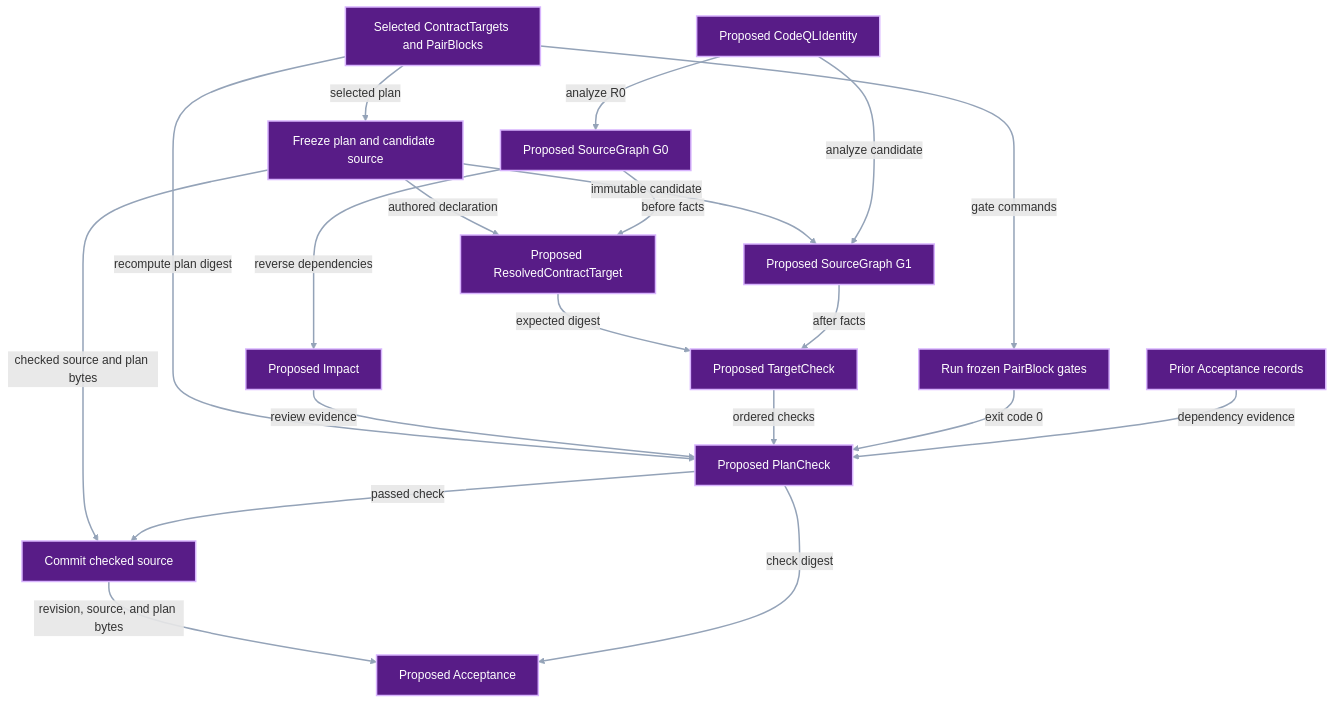
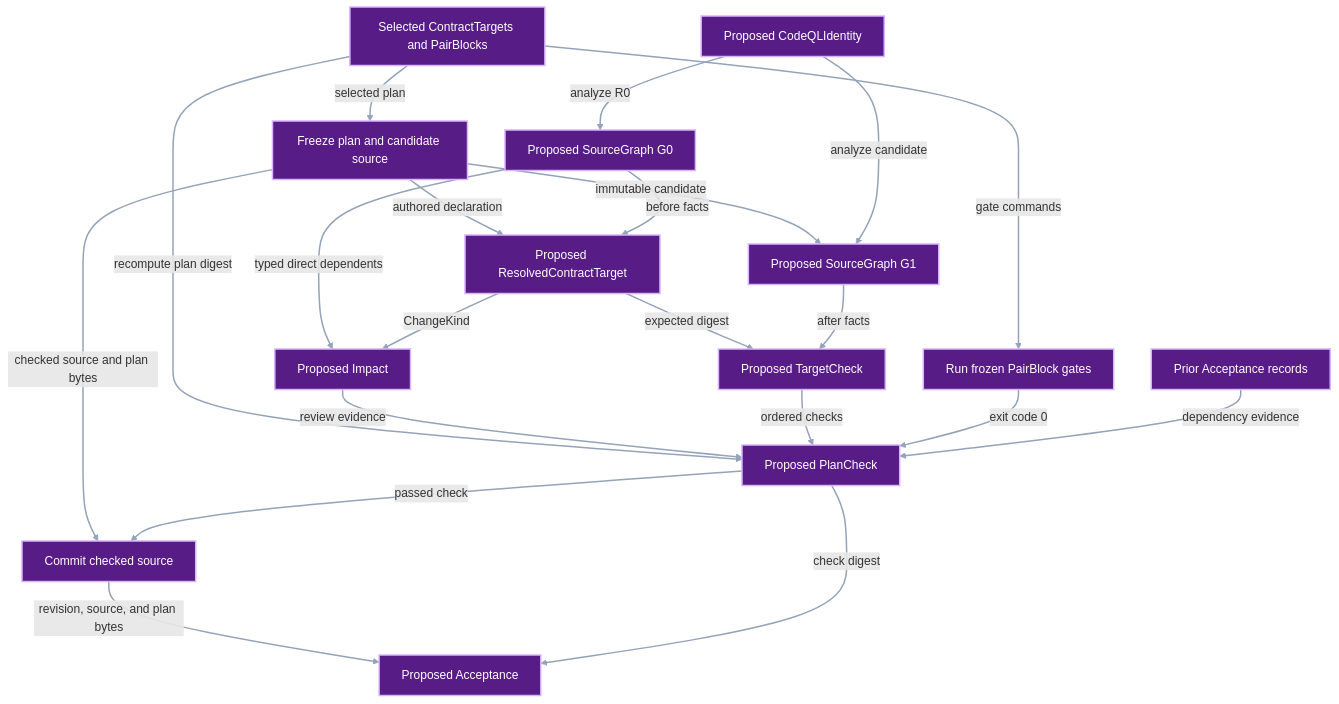
Before and after one commit to pvd232/viper: the second of 3 diagrams in docs/development/system-impact-compiler.md, drawn with Mermaid. The commit also changed other lines of this file and 2 other files, not shown here.

Commit message:
docs: add typed one-hop impact policy

````diff
--- a/docs/development/system-impact-compiler.md
+++ b/docs/development/system-impact-compiler.md
@@ -140,40 +144,41 @@
 ```mermaid
 flowchart TB
     Plan["Selected ContractTargets and PairBlocks"]
     Freeze["Freeze plan and candidate source"]
     Identity["Proposed CodeQLIdentity"]
     Baseline["Proposed SourceGraph G0"]
     Impact["Proposed Impact"]
     Realized["Proposed SourceGraph G1"]
     Resolved["Proposed ResolvedContractTarget"]
     Target["Proposed TargetCheck"]
     Gates["Run frozen PairBlock gates"]
     Prior["Prior Acceptance records"]
     Check["Proposed PlanCheck"]
     Commit["Commit checked source"]
     Acceptance["Proposed Acceptance"]
 
     Plan -->|"selected plan"| Freeze
     Plan -->|"recompute plan digest"| Check
     Identity -->|"analyze R0"| Baseline
-    Baseline -->|"reverse dependencies"| Impact
+    Baseline -->|"typed direct dependents"| Impact
     Freeze -->|"authored declaration"| Resolved
     Freeze -->|"immutable candidate"| Realized
     Identity -->|"analyze candidate"| Realized
     Baseline -->|"before facts"| Resolved
+    Resolved -->|"ChangeKind"| Impact
     Resolved -->|"expected digest"| Target
     Realized -->|"after facts"| Target
     Impact -->|"review evidence"| Check
     Target -->|"ordered checks"| Check
     Plan -->|"gate commands"| Gates
     Gates -->|"exit code 0"| Check
     Prior -->|"dependency evidence"| Check
     Freeze -->|"checked source and plan bytes"| Commit
     Check -->|"passed check"| Commit
     Commit -->|"revision, source, and plan bytes"| Acceptance
     Check -->|"check digest"| Acceptance
 
     class Plan,Freeze,Identity,Baseline,Impact,Realized,Resolved,Target,Gates,Prior,Check,Commit,Acceptance proposed
     classDef proposed fill:#581c87,stroke:#d8b4fe,color:#ffffff,stroke-width:2px
     linkStyle default stroke:#94a3b8,stroke-width:2px
 ```
````
